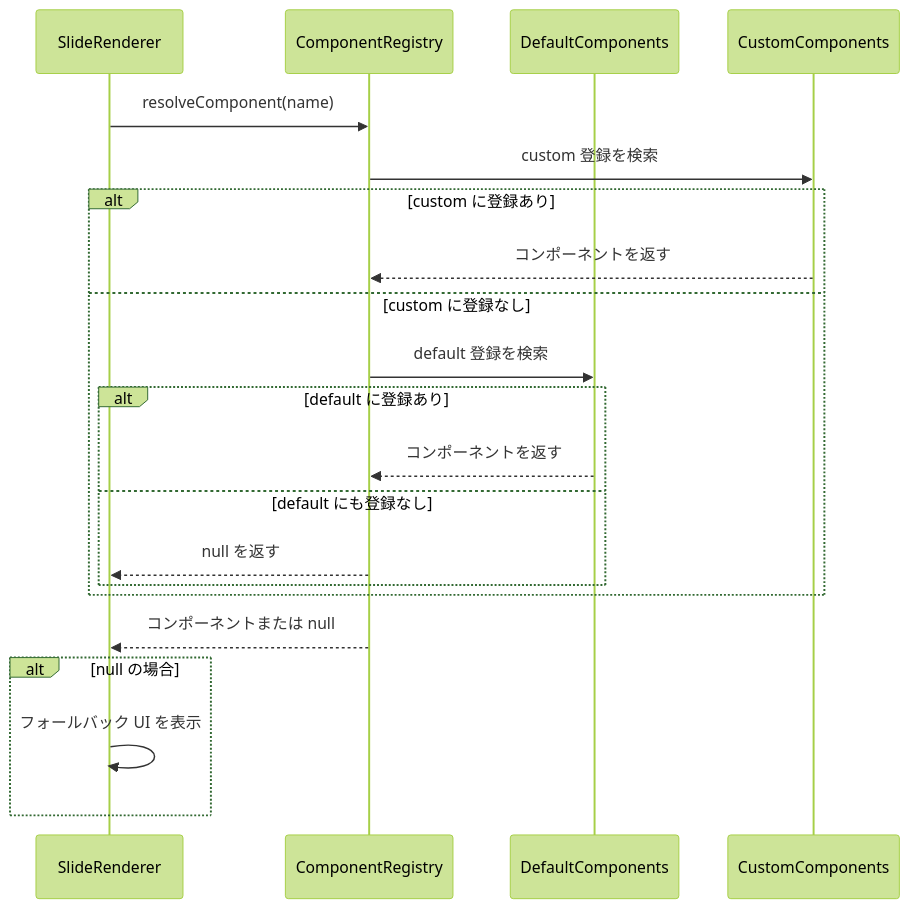
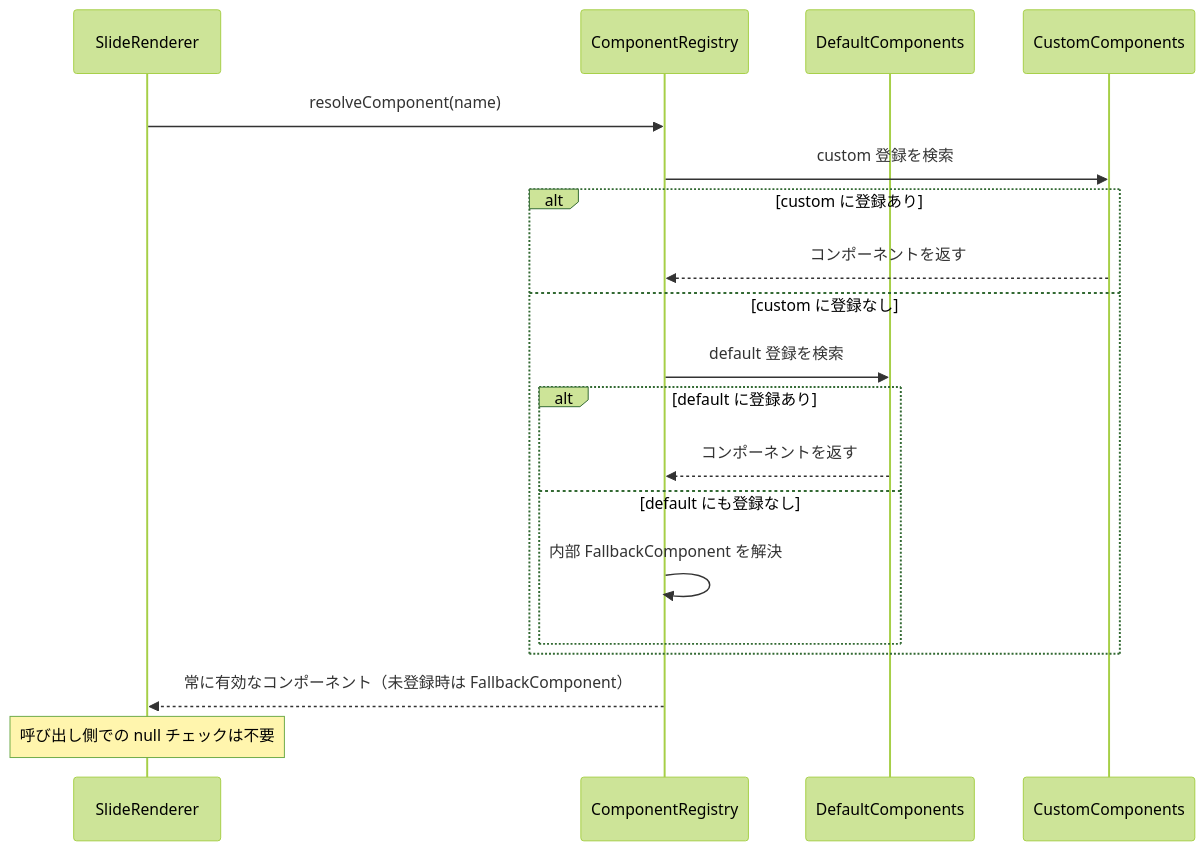
The first of 2 diagrams in .sdd/specification/builtin-ui-components_spec.md (ToshikiImagawa/slide-presentation-app), drawn with Mermaid (forest theme) before and after one commit. The commit also changed other lines of this file and 31 other files, not shown here.

````diff
--- a/.sdd/specification/builtin-ui-components_spec.md
+++ b/.sdd/specification/builtin-ui-components_spec.md
@@ -324,24 +347,22 @@
 ```mermaid
 sequenceDiagram
     participant SR as SlideRenderer
     participant CR as ComponentRegistry
     participant DC as DefaultComponents
     participant CC as CustomComponents
 
     SR ->> CR: resolveComponent(name)
     CR ->> CC: custom 登録を検索
     alt custom に登録あり
         CC -->> CR: コンポーネントを返す
     else custom に登録なし
         CR ->> DC: default 登録を検索
         alt default に登録あり
             DC -->> CR: コンポーネントを返す
         else default にも登録なし
-            CR -->> SR: null を返す
+            CR ->> CR: 内部 FallbackComponent を解決
         end
     end
-    CR -->> SR: コンポーネントまたは null
-    alt null の場合
-        SR ->> SR: フォールバック UI を表示
-    end
+    CR -->> SR: 常に有効なコンポーネント（未登録時は FallbackComponent）
+    Note over SR: 呼び出し側での null チェックは不要
 ```
````
